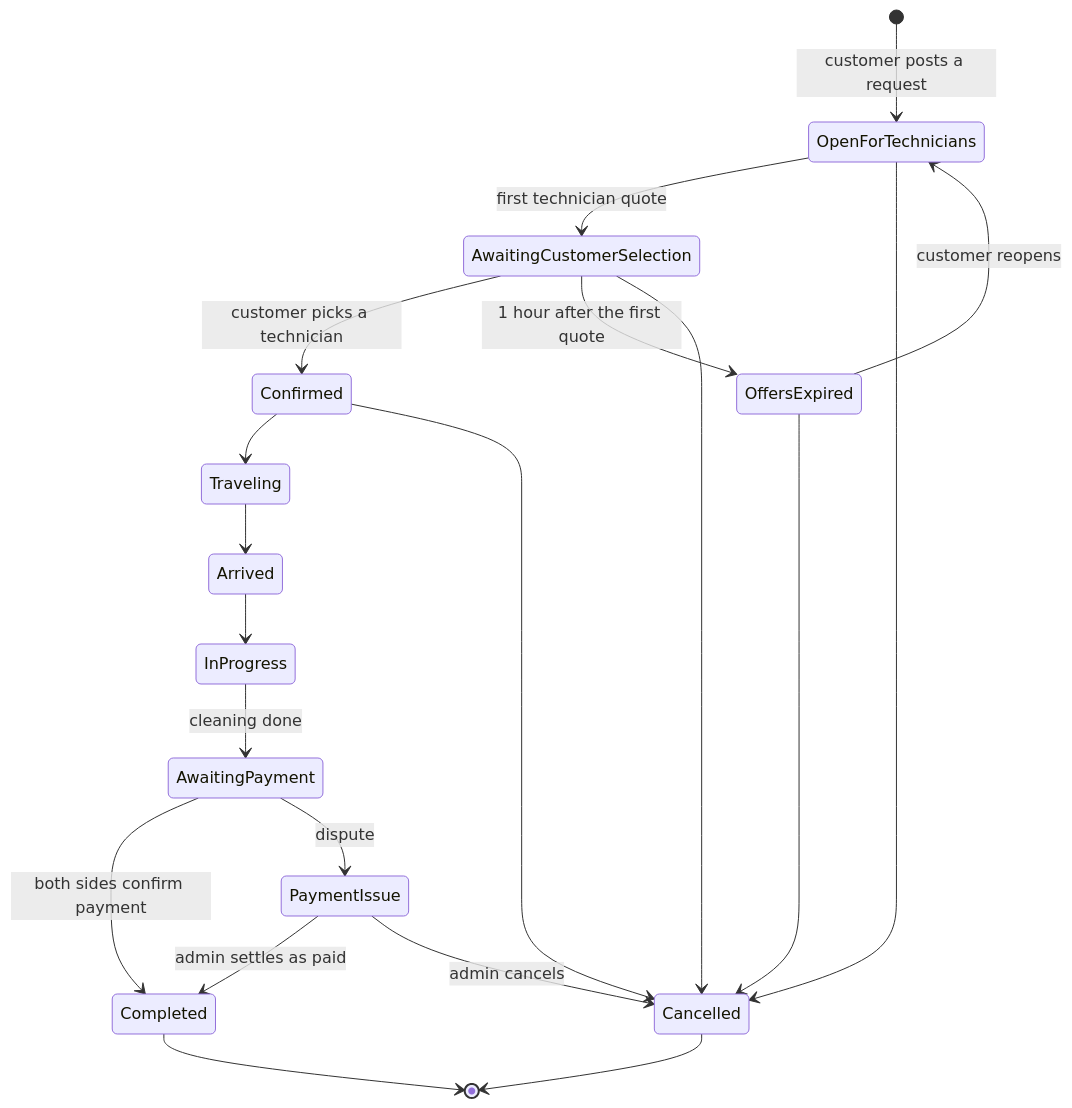
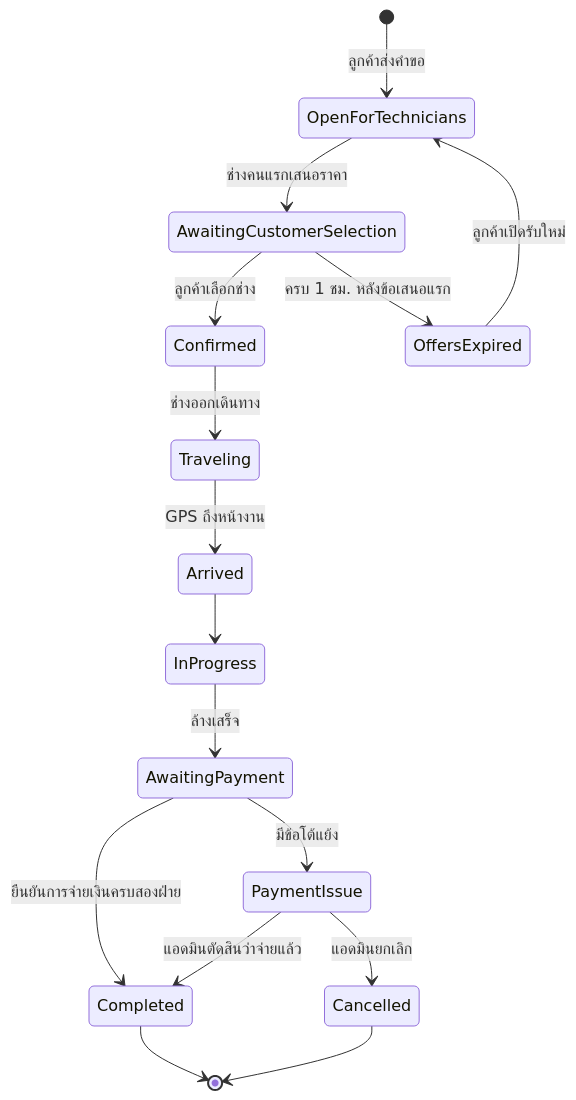
One commit to namethzz/Air-clean- changed the second of 2 diagrams in README.md. Above: the diagram before and after it, drawn with Mermaid. The commit also changed other lines of this file and 10 other files, not shown here.

````diff
--- a/README.md
+++ b/README.md
@@ -66,22 +84,18 @@
 ```mermaid
 stateDiagram-v2
-  [*] --> OpenForTechnicians: customer posts a request
-  OpenForTechnicians --> AwaitingCustomerSelection: first technician quote
-  AwaitingCustomerSelection --> Confirmed: customer picks a technician
-  AwaitingCustomerSelection --> OffersExpired: 1 hour after the first quote
-  OffersExpired --> OpenForTechnicians: customer reopens
-  Confirmed --> Traveling
-  Traveling --> Arrived
+  [*] --> OpenForTechnicians: ลูกค้าส่งคำขอ
+  OpenForTechnicians --> AwaitingCustomerSelection: ช่างคนแรกเสนอราคา
+  AwaitingCustomerSelection --> Confirmed: ลูกค้าเลือกช่าง
+  AwaitingCustomerSelection --> OffersExpired: ครบ 1 ชม. หลังข้อเสนอแรก
+  OffersExpired --> OpenForTechnicians: ลูกค้าเปิดรับใหม่
+  Confirmed --> Traveling: ช่างออกเดินทาง
+  Traveling --> Arrived: GPS ถึงหน้างาน
   Arrived --> InProgress
-  InProgress --> AwaitingPayment: cleaning done
-  AwaitingPayment --> Completed: both sides confirm payment
-  AwaitingPayment --> PaymentIssue: dispute
-  PaymentIssue --> Completed: admin settles as paid
-  PaymentIssue --> Cancelled: admin cancels
-  OpenForTechnicians --> Cancelled
-  AwaitingCustomerSelection --> Cancelled
-  OffersExpired --> Cancelled
-  Confirmed --> Cancelled
+  InProgress --> AwaitingPayment: ล้างเสร็จ
+  AwaitingPayment --> Completed: ยืนยันการจ่ายเงินครบสองฝ่าย
+  AwaitingPayment --> PaymentIssue: มีข้อโต้แย้ง
+  PaymentIssue --> Completed: แอดมินตัดสินว่าจ่ายแล้ว
+  PaymentIssue --> Cancelled: แอดมินยกเลิก
   Completed --> [*]
   Cancelled --> [*]
 ```
````
